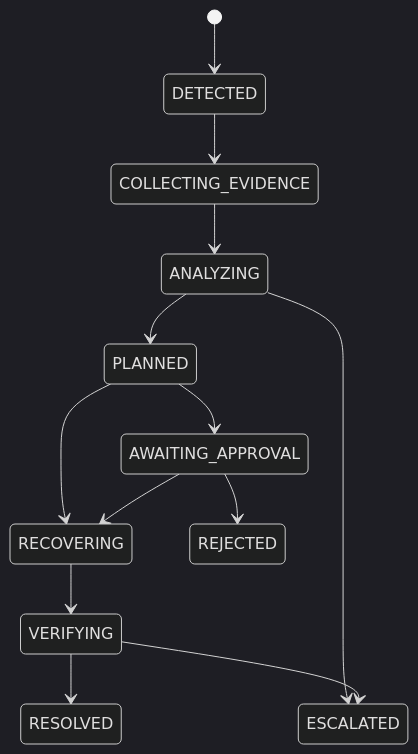
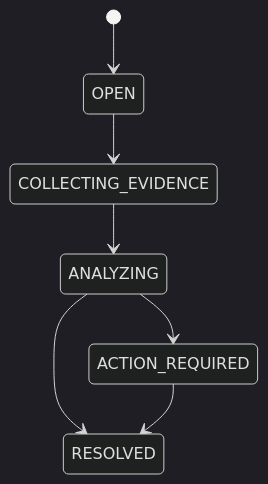
Before and after one commit to AndyAnh174/dataops-control-plane: the fourth of 4 diagrams in docs/03-runtime-flows.md, drawn with Mermaid (dark theme). The commit also changed other lines of this file and 8 other files, not shown here.

````diff
--- a/docs/03-runtime-flows.md
+++ b/docs/03-runtime-flows.md
@@ -90,15 +90,9 @@
 ```mermaid
 stateDiagram-v2
-    [*] --> DETECTED
-    DETECTED --> COLLECTING_EVIDENCE
+    [*] --> OPEN
+    OPEN --> COLLECTING_EVIDENCE
     COLLECTING_EVIDENCE --> ANALYZING
-    ANALYZING --> PLANNED
-    ANALYZING --> ESCALATED
-    PLANNED --> AWAITING_APPROVAL
-    PLANNED --> RECOVERING
-    AWAITING_APPROVAL --> RECOVERING
-    AWAITING_APPROVAL --> REJECTED
-    RECOVERING --> VERIFYING
-    VERIFYING --> RESOLVED
-    VERIFYING --> ESCALATED
+    ANALYZING --> ACTION_REQUIRED
+    ANALYZING --> RESOLVED
+    ACTION_REQUIRED --> RESOLVED
 ```
````
